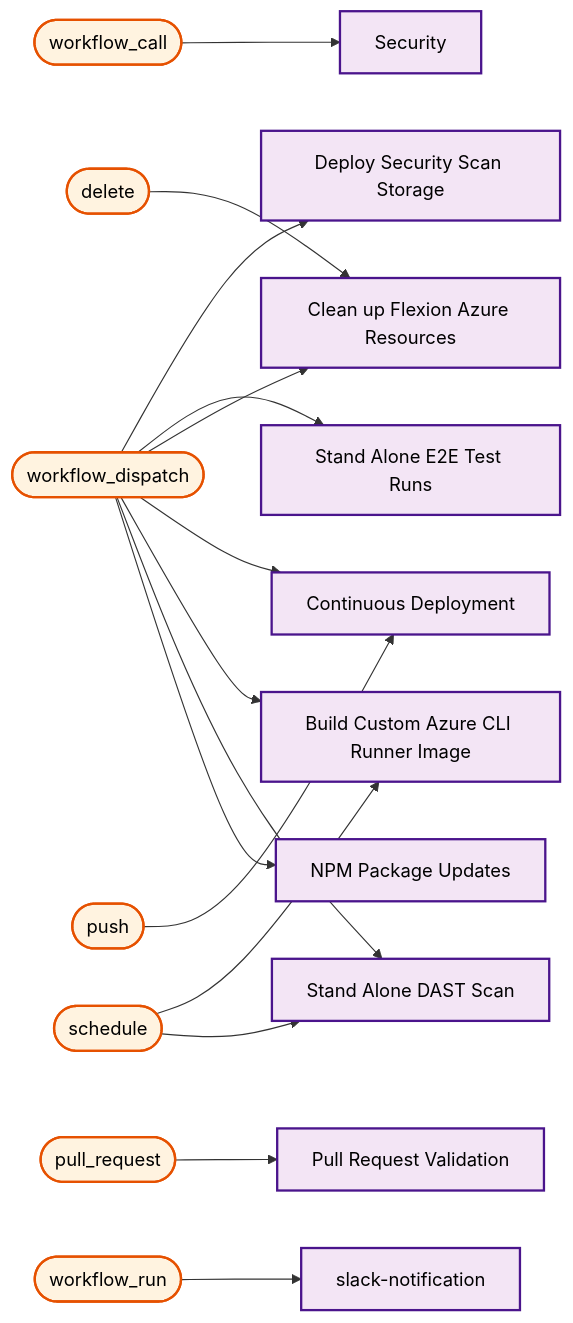
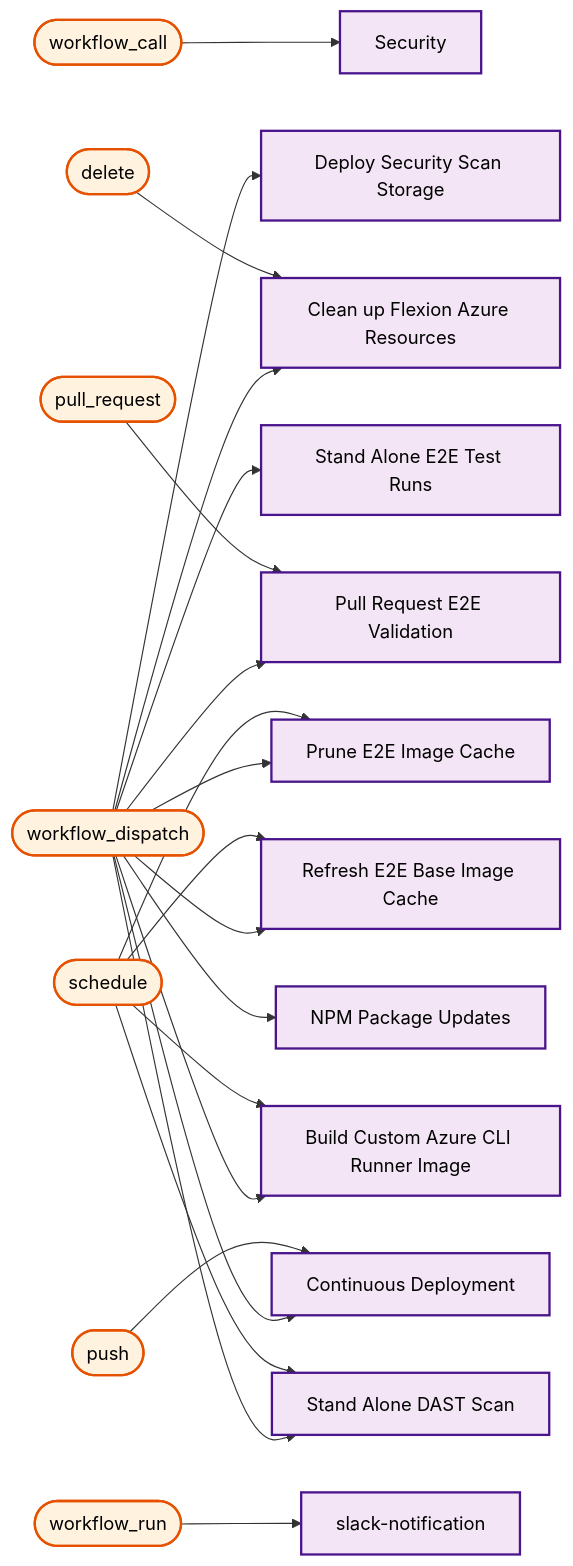
Before and after one commit to US-Trustee-Program/Bankruptcy-Oversight-Support-Systems: diagram 25 of 25 in docs/operations/workflow-diagram.md, drawn with Mermaid. The commit also changed other lines of this file and 21 other files, not shown here.

````diff
--- a/docs/operations/workflow-diagram.md
+++ b/docs/operations/workflow-diagram.md
@@ -1342,60 +1276,72 @@
 ```mermaid
 flowchart LR
     trigger_workflow_call(["workflow_call"])
     sub_security_scan_yml["Security"]
     trigger_workflow_dispatch(["workflow_dispatch"])
     deploy_security_scan_storage_yml["Deploy Security Scan Storage"]
     e2e_test_yml["Stand Alone E2E Test Runs"]
     azure_remove_branch_yml["Clean up Flexion Azure Resources"]
+    prune_e2e_image_cache_yml["Prune E2E Image Cache"]
+    refresh_e2e_base_images_yml["Refresh E2E Base Image Cache"]
+    pr_validation_yml["Pull Request E2E Validation"]
     continuous_deployment_yml["Continuous Deployment"]
     build_azure_cli_image_yml["Build Custom Azure CLI Runner Image"]
     dast_scan_yml["Stand Alone DAST Scan"]
     update_dependencies_yml["NPM Package Updates"]
     trigger_delete(["delete"])
     azure_remove_branch_yml["Clean up Flexion Azure Resources"]
+    trigger_schedule(["schedule"])
+    prune_e2e_image_cache_yml["Prune E2E Image Cache"]
+    refresh_e2e_base_images_yml["Refresh E2E Base Image Cache"]
+    build_azure_cli_image_yml["Build Custom Azure CLI Runner Image"]
+    dast_scan_yml["Stand Alone DAST Scan"]
     trigger_pull_request(["pull_request"])
-    pr_validation_yml["Pull Request Validation"]
+    pr_validation_yml["Pull Request E2E Validation"]
     trigger_push(["push"])
     continuous_deployment_yml["Continuous Deployment"]
-    trigger_schedule(["schedule"])
-    build_azure_cli_image_yml["Build Custom Azure CLI Runner Image"]
-    dast_scan_yml["Stand Alone DAST Scan"]
     trigger_workflow_run(["workflow_run"])
     slack_notification_yml["slack-notification"]
 
     trigger_workflow_call --> sub_security_scan_yml
     trigger_workflow_dispatch --> deploy_security_scan_storage_yml
     trigger_workflow_dispatch --> e2e_test_yml
     trigger_workflow_dispatch --> azure_remove_branch_yml
+    trigger_workflow_dispatch --> prune_e2e_image_cache_yml
+    trigger_workflow_dispatch --> refresh_e2e_base_images_yml
+    trigger_workflow_dispatch --> pr_validation_yml
     trigger_workflow_dispatch --> continuous_deployment_yml
     trigger_workflow_dispatch --> build_azure_cli_image_yml
     trigger_workflow_dispatch --> dast_scan_yml
     trigger_workflow_dispatch --> update_dependencies_yml
     trigger_delete --> azure_remove_branch_yml
+    trigger_schedule --> prune_e2e_image_cache_yml
+    trigger_schedule --> refresh_e2e_base_images_yml
+    trigger_schedule --> build_azure_cli_image_yml
+    trigger_schedule --> dast_scan_yml
     trigger_pull_request --> pr_validation_yml
     trigger_push --> continuous_deployment_yml
-    trigger_schedule --> build_azure_cli_image_yml
-    trigger_schedule --> dast_scan_yml
     trigger_workflow_run --> slack_notification_yml
 
     classDef mainWorkflow fill:#f3e5f5,stroke:#4a148c,stroke-width:2px,color:#000000
     classDef trigger fill:#fff3e0,stroke:#e65100,stroke-width:2px,color:#000000
 
     class trigger_workflow_call trigger
     class trigger_workflow_dispatch trigger
     class trigger_delete trigger
+    class trigger_schedule trigger
     class trigger_pull_request trigger
     class trigger_push trigger
-    class trigger_schedule trigger
     class trigger_workflow_run trigger
     class sub_security_scan_yml mainWorkflow
     class deploy_security_scan_storage_yml mainWorkflow
     class e2e_test_yml mainWorkflow
     class azure_remove_branch_yml mainWorkflow
+    class prune_e2e_image_cache_yml mainWorkflow
+    class refresh_e2e_base_images_yml mainWorkflow
     class pr_validation_yml mainWorkflow
     class continuous_deployment_yml mainWorkflow
     class build_azure_cli_image_yml mainWorkflow
     class dast_scan_yml mainWorkflow
     class update_dependencies_yml mainWorkflow
     class slack_notification_yml mainWorkflow
 ```
````
